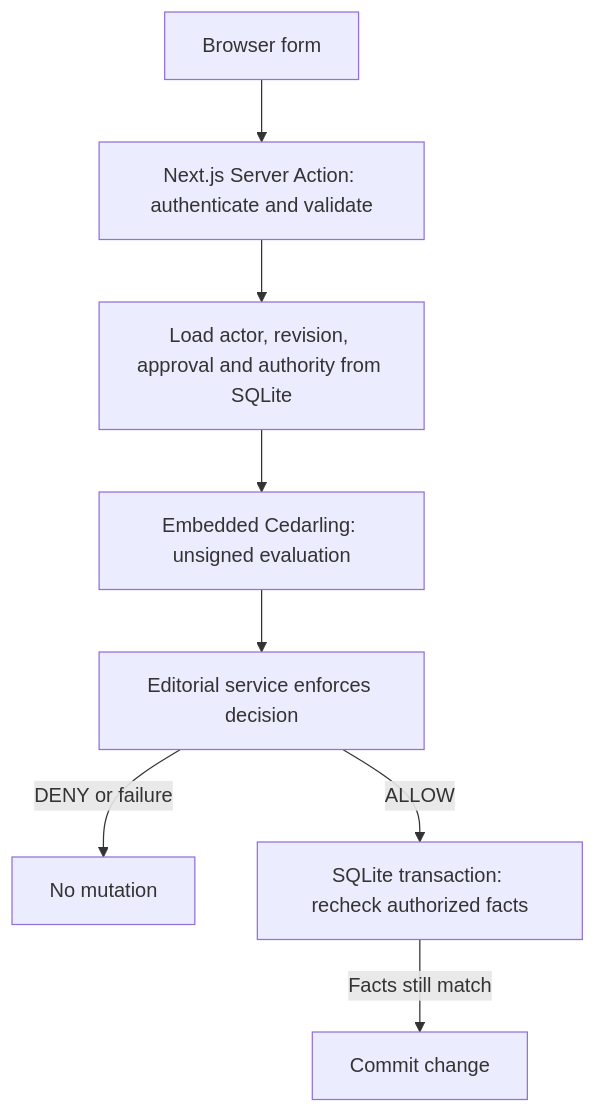
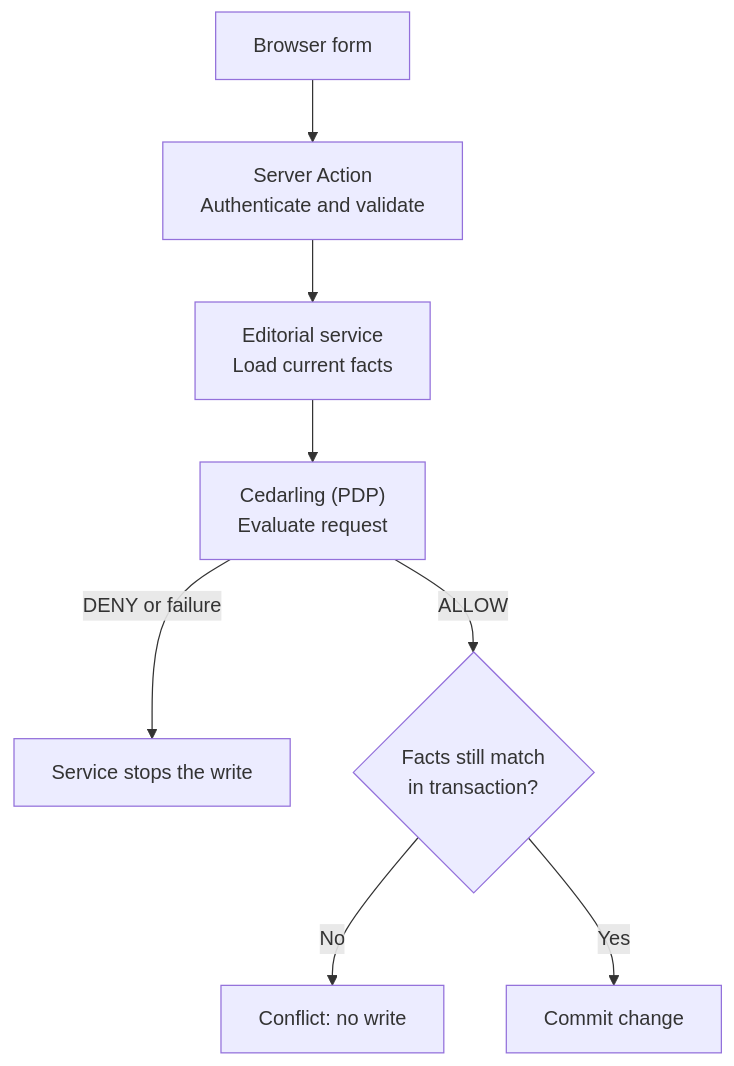
Before and after one commit to GluuFederation/cedarling-tutorials: the second of 2 diagrams in p4-editorial-publishing/docs/tutorials.md, drawn with Mermaid. The commit also changed other lines of this file and 29 other files, not shown here.

Commit message:
docs: improve P1-P5 tutorial reading flow

````diff
--- a/p4-editorial-publishing/docs/tutorials.md
+++ b/p4-editorial-publishing/docs/tutorials.md
@@ -65,12 +321,16 @@
 ```mermaid
 flowchart TD
-    accTitle: Server authorization for editorial changes
-    accDescr: A Next.js Server Action authenticates the caller and loads current facts. Cedarling evaluates them, then the service either rejects the change or rechecks the facts in a database transaction.
-    Form["Browser form"] --> Action["Next.js Server Action: authenticate and validate"]
-    Action --> Facts["Load actor, revision, approval and authority from SQLite"]
-    Facts --> PDP["Embedded Cedarling: unsigned evaluation"]
-    PDP --> Check["Editorial service enforces decision"]
-    Check -->|"DENY or failure"| Stop["No mutation"]
-    Check -->|"ALLOW"| Transaction["SQLite transaction: recheck authorized facts"]
-    Transaction -->|"Facts still match"| Save["Commit change"]
+    accTitle: The server checks permission before committing an editorial change
+    accDescr: A browser form reaches a Next.js Server Action, which authenticates the user and validates the request. The service loads current facts from SQLite, calls embedded Cedarling, and enforces its decision. It commits only after the transaction confirms that the authorized facts still match; denial, evaluation failure, or changed facts stop the write.
+    Form["Browser form"] --> Action["Server Action
+Authenticate and validate"]
+    Action --> Facts["Editorial service
+Load current facts"]
+    Facts --> PDP["Cedarling (PDP)
+Evaluate request"]
+    PDP -->|"DENY or failure"| Stop["Service stops the write"]
+    PDP -->|"ALLOW"| Transaction{"Facts still match
+in transaction?"}
+    Transaction -->|"No"| Conflict["Conflict: no write"]
+    Transaction -->|"Yes"| Save["Commit change"]
 ```
````
